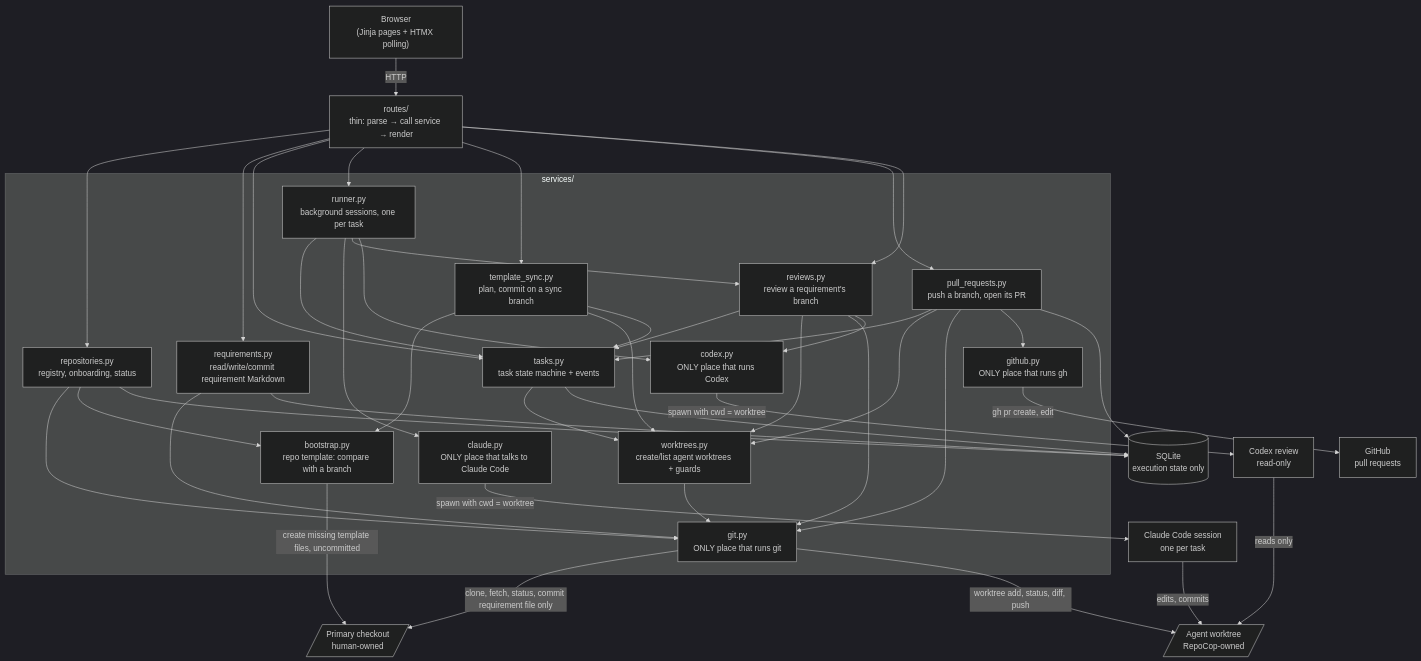
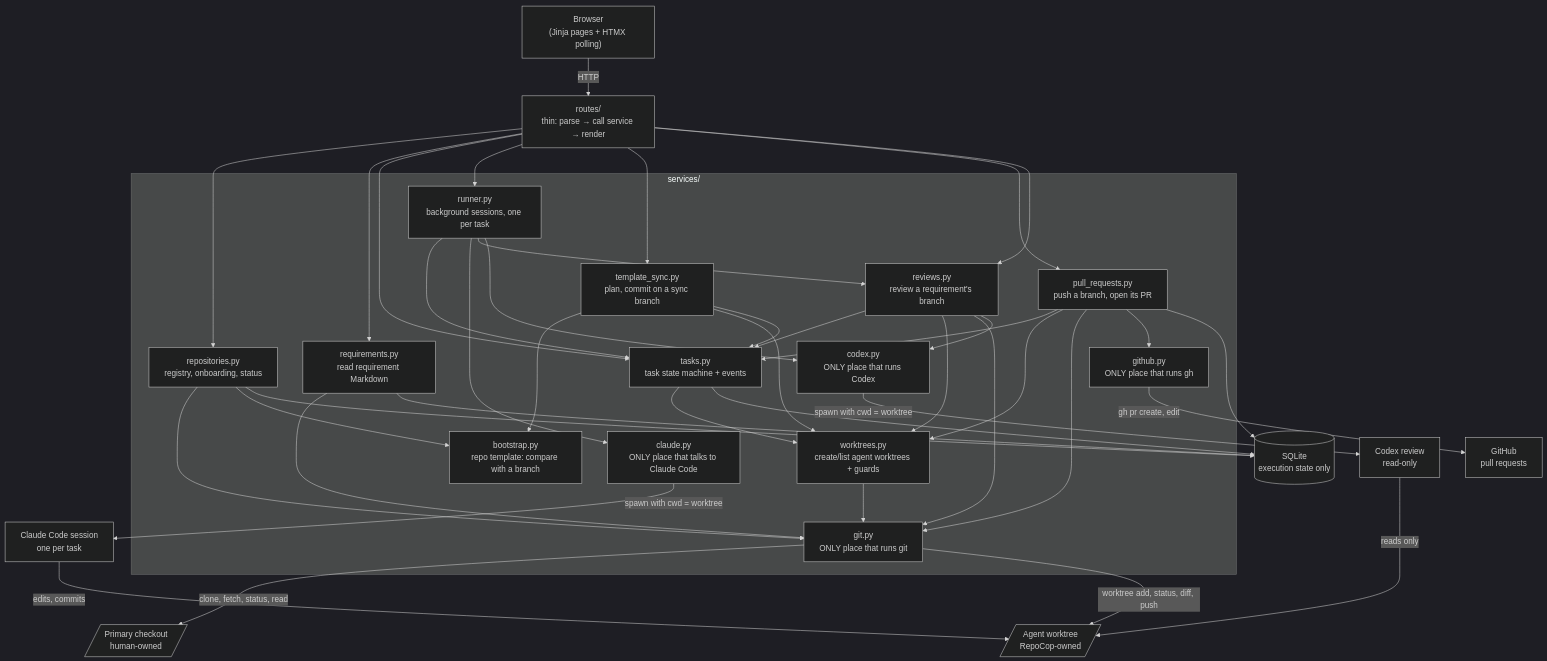
One commit to eliveikis/repocop changed the first of 5 diagrams in specs/architecture.md. Above: the diagram before and after it, drawn with Mermaid (dark theme). The commit also changed other lines of this file and 47 other files, not shown here.

````diff
--- a/specs/architecture.md
+++ b/specs/architecture.md
@@ -17,49 +17,48 @@
 ```mermaid
 flowchart TD
     browser["Browser<br/>(Jinja pages + HTMX polling)"]
     routes["routes/<br/>thin: parse → call service → render"]
 
     subgraph services["services/"]
         repos["repositories.py<br/>registry, onboarding, status"]
         sync["template_sync.py<br/>plan, commit on a sync branch"]
         boot["bootstrap.py<br/>repo template: compare with a branch"]
-        reqs["requirements.py<br/>read/write/commit requirement Markdown"]
+        reqs["requirements.py<br/>read requirement Markdown"]
         wts["worktrees.py<br/>create/list agent worktrees + guards"]
         git["git.py<br/>ONLY place that runs git"]
         tasksvc["tasks.py<br/>task state machine + events"]
         runner["runner.py<br/>background sessions, one per task"]
         claude["claude.py<br/>ONLY place that talks to Claude Code"]
         prs["pull_requests.py<br/>push a branch, open its PR"]
         github["github.py<br/>ONLY place that runs gh"]
         reviews["reviews.py<br/>review a requirement's branch"]
         codex["codex.py<br/>ONLY place that runs Codex"]
     end
 
     db[("SQLite<br/>execution state only")]
     primary[/"Primary checkout<br/>human-owned"/]
     worktree[/"Agent worktree<br/>RepoCop-owned"/]
     cc["Claude Code session<br/>one per task"]
     cx["Codex review<br/>read-only"]
     hub["GitHub<br/>pull requests"]
 
     browser -->|HTTP| routes
     routes --> repos & reqs & tasksvc & runner & sync & prs & reviews
     reviews --> tasksvc & wts & git & codex
     prs --> tasksvc & wts & git & github
     sync --> boot & wts & tasksvc
     tasksvc --> wts
     runner --> tasksvc & claude & reviews & codex
     repos --> git
     repos --> boot
     reqs --> git
     wts --> git
     repos & reqs & tasksvc & prs --> db
-    git -->|"clone, fetch, status, commit requirement file only"| primary
-    boot -->|"create missing template files, uncommitted"| primary
+    git -->|"clone, fetch, status, read"| primary
     git -->|"worktree add, status, diff, push"| worktree
     github -->|"gh pr create, edit"| hub
     claude -->|"spawn with cwd = worktree"| cc
     cc -->|"edits, commits"| worktree
     codex -->|"spawn with cwd = worktree"| cx
     cx -->|"reads only"| worktree
 ```
````
